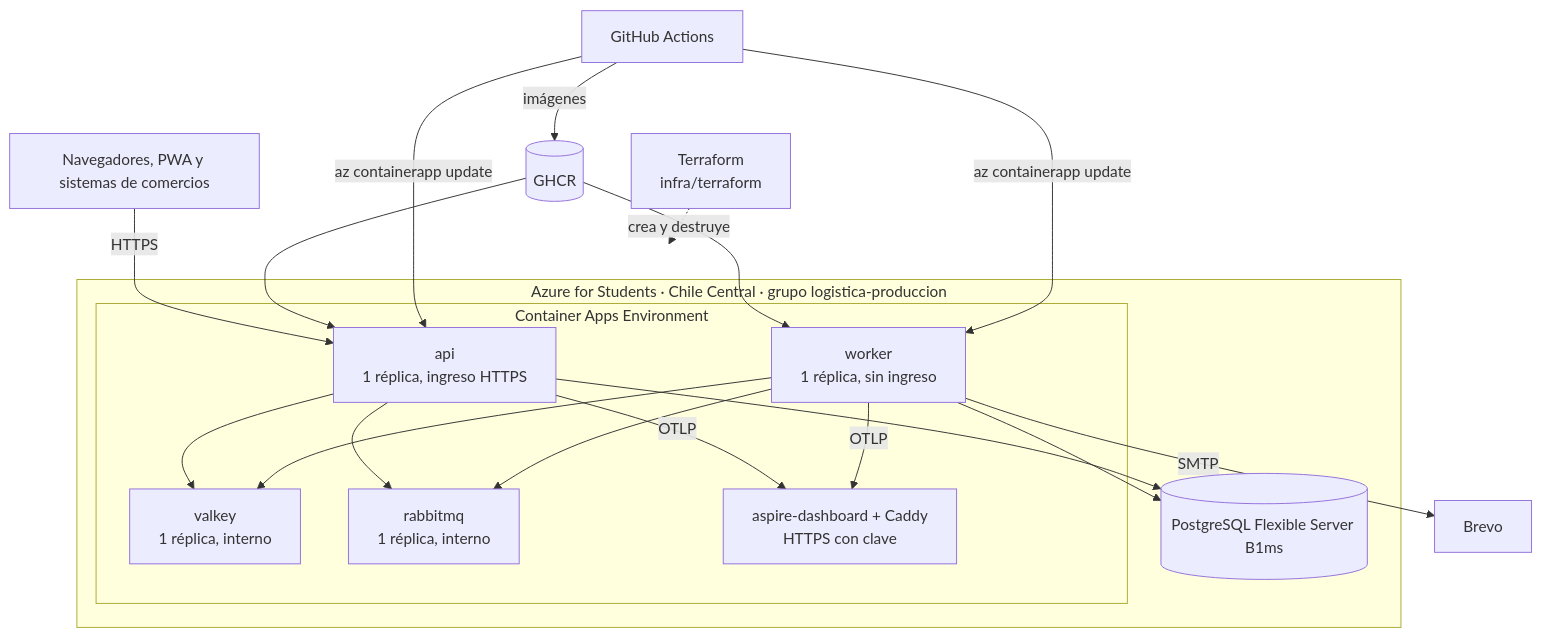
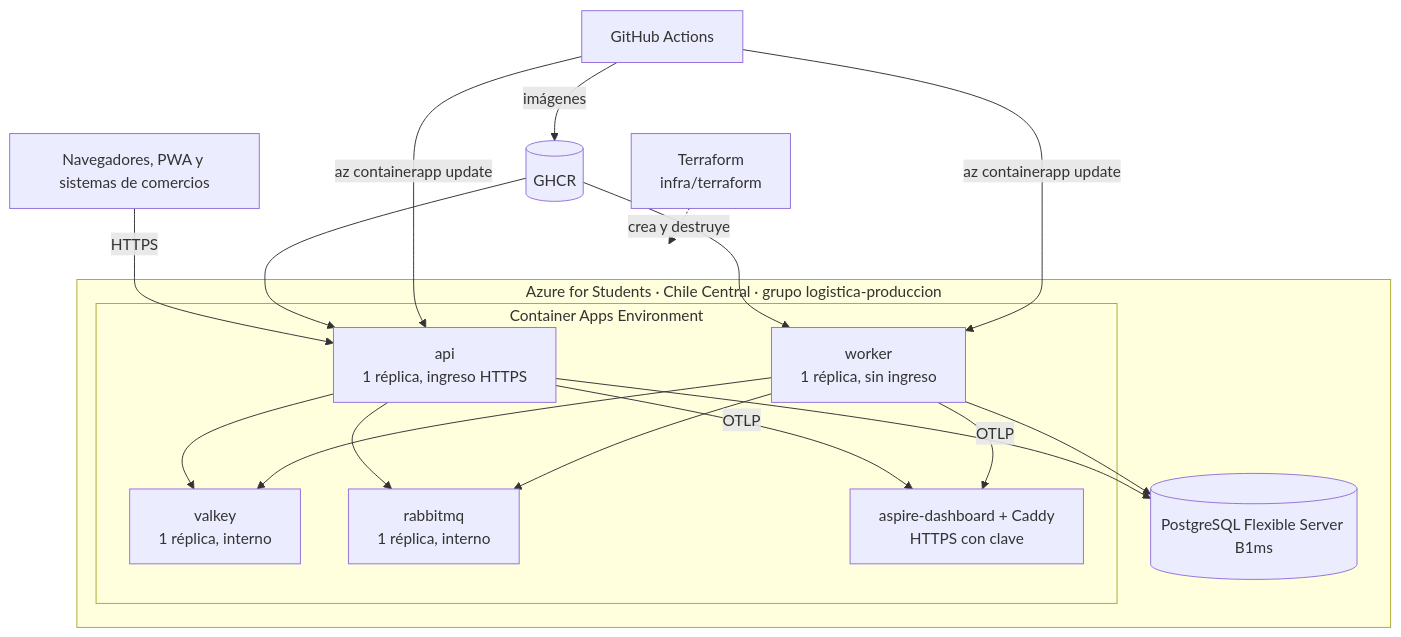
Before and after one commit to mmarceee/proyectoDOTNET: the second of 4 diagrams in docs/documento-tecnico.md, drawn with Mermaid. The commit also changed other lines of this file and 12 other files, not shown here.

````diff
--- a/docs/documento-tecnico.md
+++ b/docs/documento-tecnico.md
@@ -69,23 +69,22 @@
 ```mermaid
 flowchart TB
     U[Navegadores, PWA y sistemas de comercios] -- HTTPS --> CA
     subgraph Azure["Azure for Students · Chile Central · grupo logistica-produccion"]
         subgraph CAE["Container Apps Environment"]
             CA[api<br/>1 réplica, ingreso HTTPS]
             WK[worker<br/>1 réplica, sin ingreso]
             VKC[valkey<br/>1 réplica, interno]
             MQC[rabbitmq<br/>1 réplica, interno]
             AD[aspire-dashboard + Caddy<br/>HTTPS con clave]
         end
         PGF[(PostgreSQL Flexible Server B1ms)]
     end
     GH[GitHub Actions] -- imágenes --> GHCR[(GHCR)]
     GHCR --> CA & WK
     GH -- az containerapp update --> CA & WK
     TF[Terraform<br/>infra/terraform] -. crea y destruye .-> Azure
     CA & WK --> PGF
     CA & WK --> VKC
     CA & WK --> MQC
     CA & WK -- OTLP --> AD
-    WK -- SMTP --> BREVO[Brevo]
 ```
````
